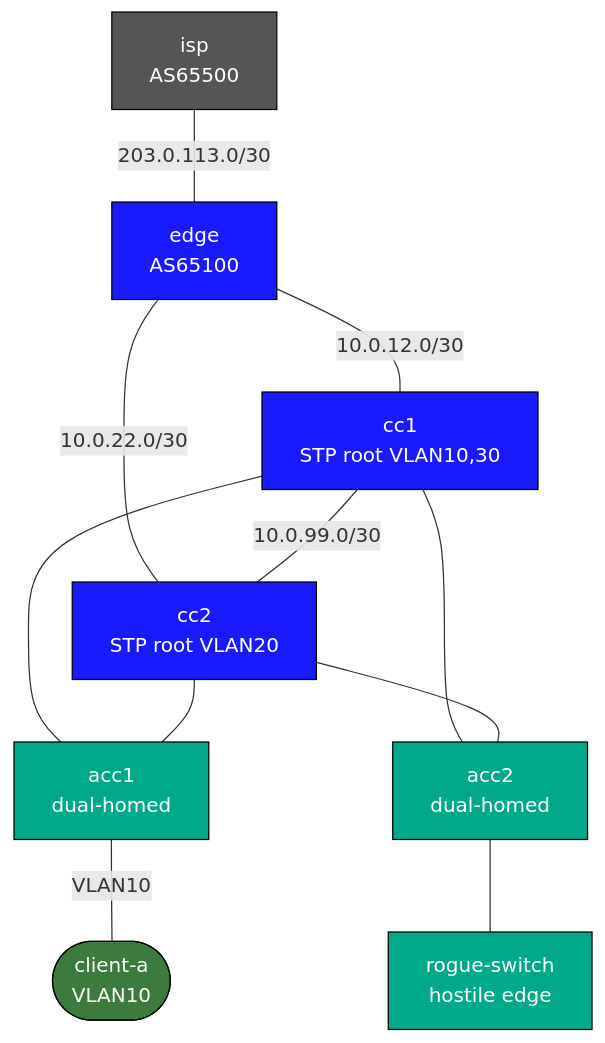
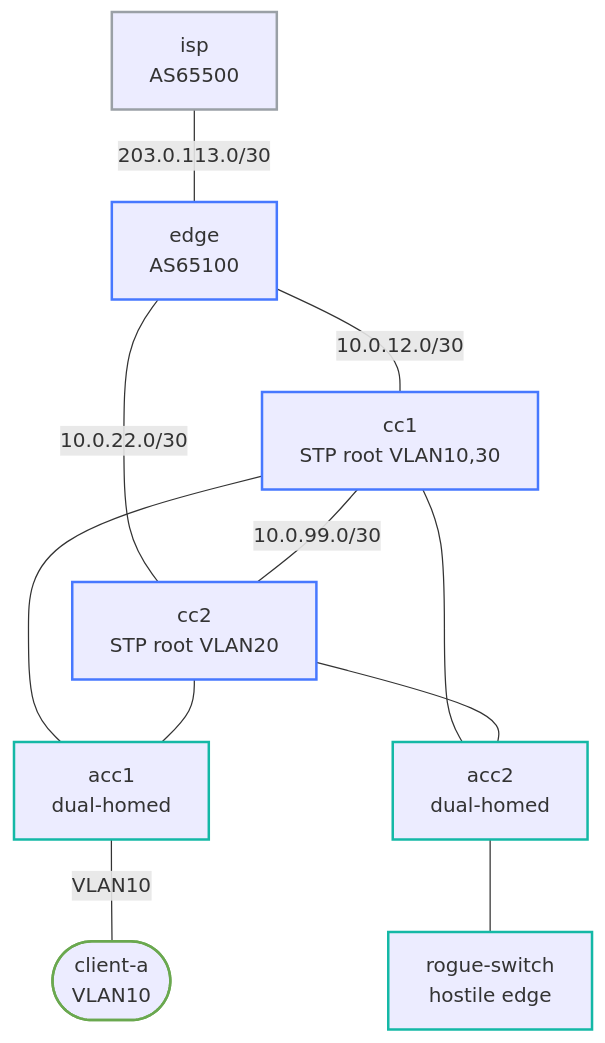
The diagram in labs/stp-operations/README.md (jschless/networkingLabs), drawn with Mermaid before and after one commit. The commit also changed 250 other files, not shown here.

Commit message:
Fix unreadable topology diagrams, convert ASCII art, publish assessments (#57)

````diff
--- a/labs/stp-operations/README.md
+++ b/labs/stp-operations/README.md
@@ -20,33 +20,33 @@
 ```mermaid
 flowchart TB
-    isp["isp\nAS65500"]
-    edge["edge\nAS65100"]
-    cc1["cc1\nSTP root VLAN10,30"]
-    cc2["cc2\nSTP root VLAN20"]
-    acc1["acc1\ndual-homed"]
-    acc2["acc2\ndual-homed"]
-    clienta(["client-a\nVLAN10"])
-    rogue["rogue-switch\nhostile edge"]
+    isp["isp<br/>AS65500"]
+    edge["edge<br/>AS65100"]
+    cc1["cc1<br/>STP root VLAN10,30"]
+    cc2["cc2<br/>STP root VLAN20"]
+    acc1["acc1<br/>dual-homed"]
+    acc2["acc2<br/>dual-homed"]
+    clienta(["client-a<br/>VLAN10"])
+    rogue["rogue-switch<br/>hostile edge"]
 
     isp -- "203.0.113.0/30" --- edge
     edge -- "10.0.12.0/30" --- cc1
     edge -- "10.0.22.0/30" --- cc2
     cc1 -- "10.0.99.0/30" --- cc2
     cc1 --- acc1
     cc1 --- acc2
     cc2 --- acc1
     cc2 --- acc2
     acc1 -- "VLAN10" --- clienta
     acc2 --- rogue
 
-    classDef router fill:#1a1aff,color:#fff,stroke:#000
-    classDef access fill:#00aa88,color:#fff,stroke:#000
-    classDef host   fill:#3d7a3d,color:#fff,stroke:#000
-    classDef isp    fill:#555,color:#fff,stroke:#000
+    classDef router stroke:#4778ff,stroke-width:2px
+    classDef access stroke:#14b8a6,stroke-width:2px
+    classDef host stroke:#6aa84f,stroke-width:2px
+    classDef isp stroke:#9aa0a6,stroke-width:2px
 
     class isp isp
     class edge,cc1,cc2 router
     class acc1,acc2 access
     class clienta host
     class rogue access
 ```
````
